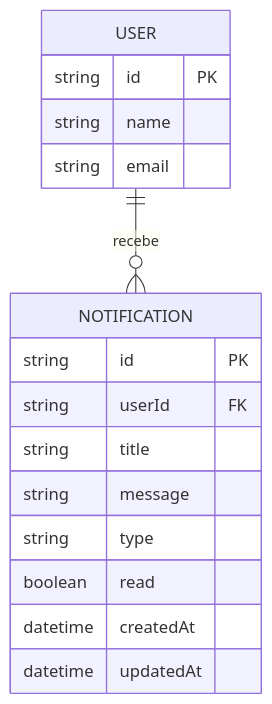
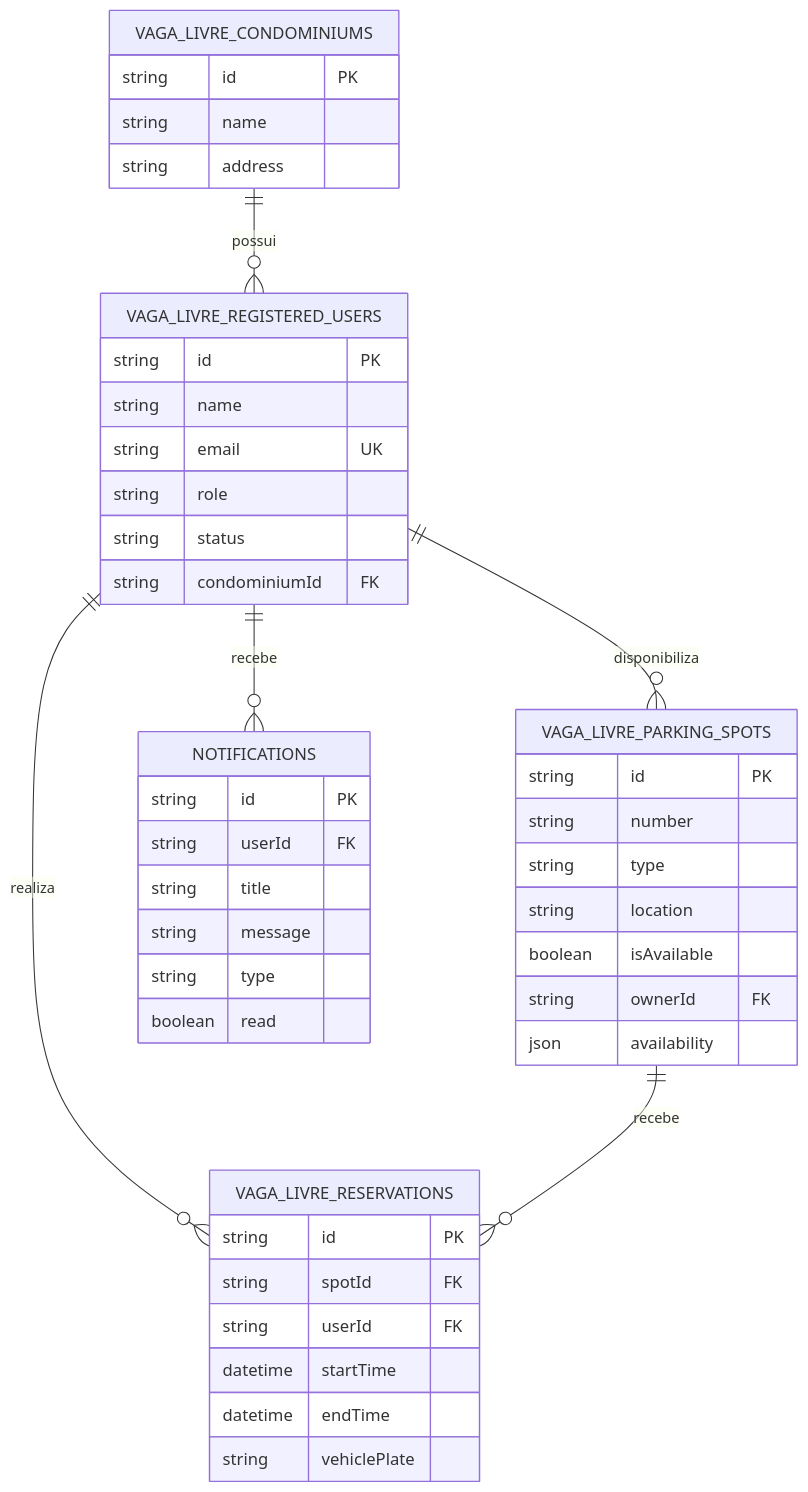
One commit to dezim005/Etapa-2 changed the first of 3 diagrams in backend-apis (1).md. Above: the diagram before and after it, drawn with Mermaid. The commit also changed other lines of this file, not shown here.

First line of the commit message:
Revise backend-apis documentation for VagaLivre

````diff
--- a/backend-apis (1).md
+++ b/backend-apis (1).md
@@ -92,21 +85,47 @@
 ```mermaid
 erDiagram
-    USER ||--o{ NOTIFICATION : "recebe"
-    
-    USER {
+    VAGA_LIVRE_CONDOMINIUMS ||--o{ VAGA_LIVRE_REGISTERED_USERS : possui
+    VAGA_LIVRE_REGISTERED_USERS ||--o{ VAGA_LIVRE_PARKING_SPOTS : disponibiliza
+    VAGA_LIVRE_REGISTERED_USERS ||--o{ VAGA_LIVRE_RESERVATIONS : realiza
+    VAGA_LIVRE_PARKING_SPOTS ||--o{ VAGA_LIVRE_RESERVATIONS : recebe
+    VAGA_LIVRE_REGISTERED_USERS ||--o{ NOTIFICATIONS : recebe
+
+    VAGA_LIVRE_CONDOMINIUMS {
         string id PK
         string name
-        string email
+        string address
     }
-    
-    NOTIFICATION {
+    VAGA_LIVRE_REGISTERED_USERS {
+        string id PK
+        string name
+        string email UK
+        string role
+        string status
+        string condominiumId FK
+    }
+    VAGA_LIVRE_PARKING_SPOTS {
+        string id PK
+        string number
+        string type
+        string location
+        boolean isAvailable
+        string ownerId FK
+        json availability
+    }
+    VAGA_LIVRE_RESERVATIONS {
+        string id PK
+        string spotId FK
+        string userId FK
+        datetime startTime
+        datetime endTime
+        string vehiclePlate
+    }
+    NOTIFICATIONS {
         string id PK
         string userId FK
         string title
         string message
         string type
         boolean read
-        datetime createdAt
-        datetime updatedAt
     }
 ```
````
